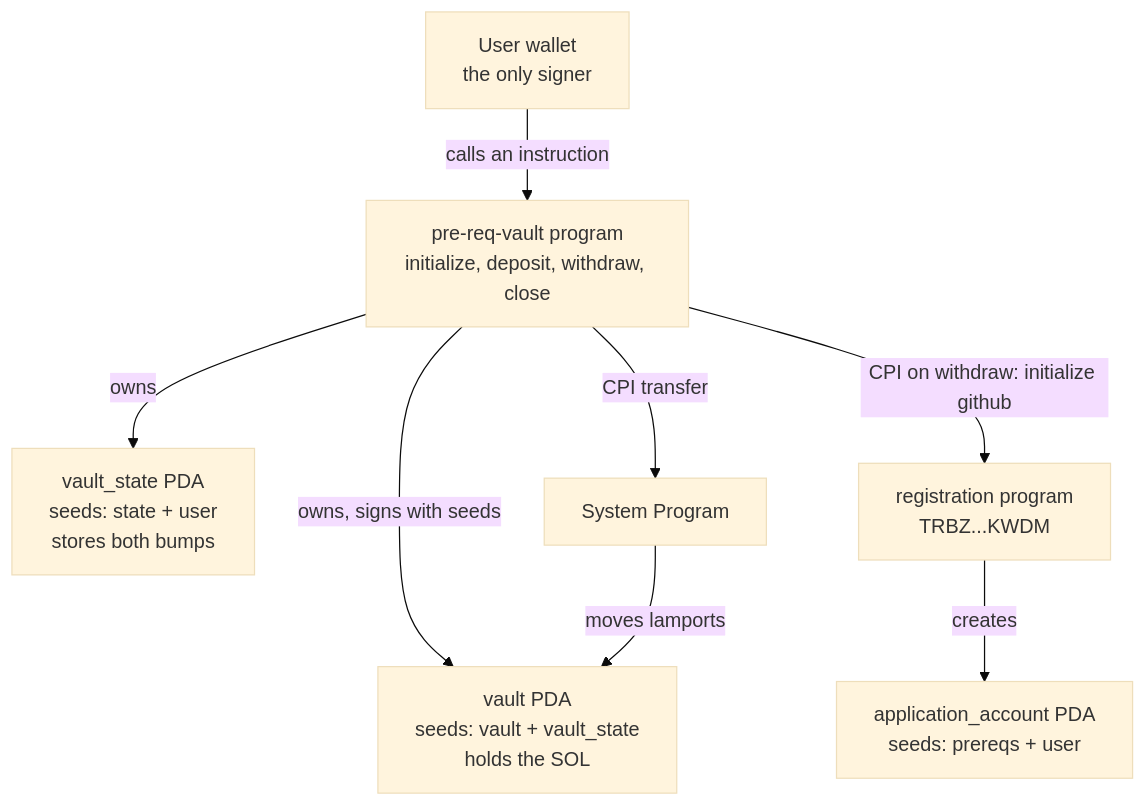
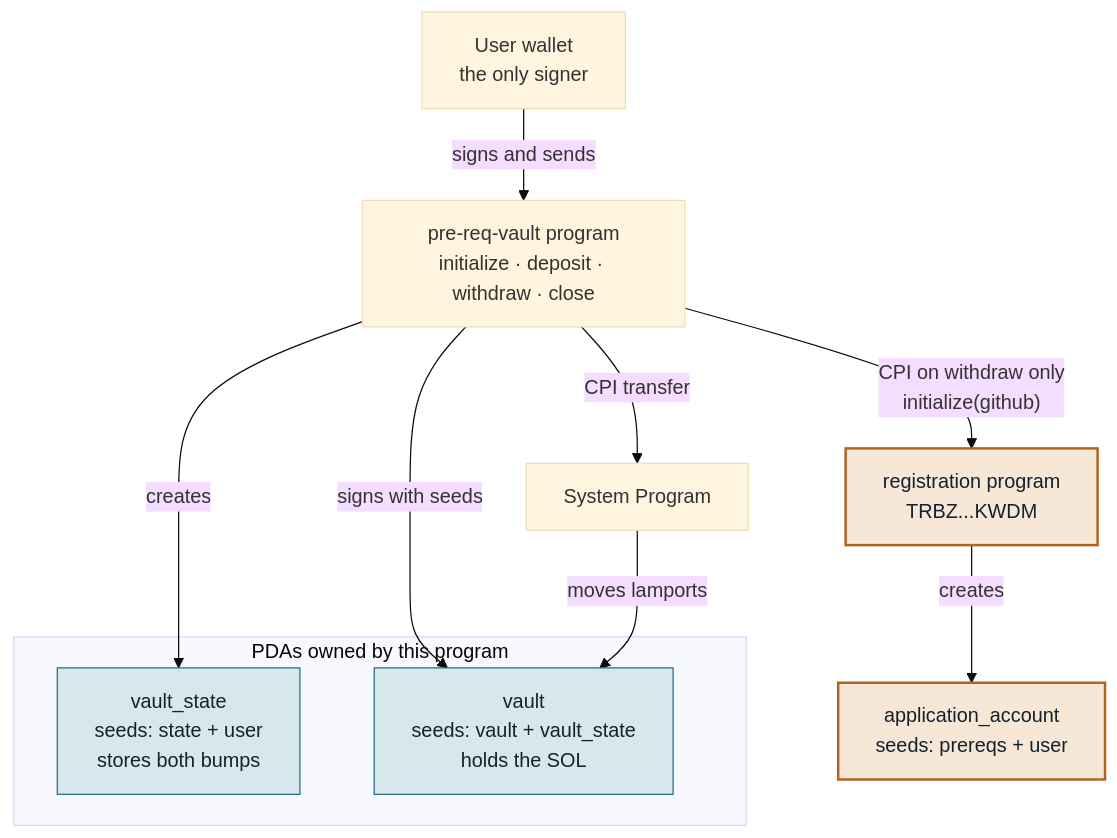
One commit to Anshumancanrock/Turbin3 changed the diagram in README.md. Above: the diagram before and after it, drawn with Mermaid (base theme). The commit also changed 1 other file, not shown here.

Commit message:
Group the owned PDAs and colour the CPI path in the diagram

````diff
--- a/README.md
+++ b/README.md
@@ -11,18 +11,27 @@
 ```mermaid
 flowchart TD
     U["User wallet<br/>the only signer"]
-    P["pre-req-vault program<br/>initialize, deposit, withdraw, close"]
-    VS["vault_state PDA<br/>seeds: state + user<br/>stores both bumps"]
-    V["vault PDA<br/>seeds: vault + vault_state<br/>holds the SOL"]
+    P["pre-req-vault program<br/>initialize · deposit · withdraw · close"]
+
+    subgraph owned ["PDAs owned by this program"]
+        VS["vault_state<br/>seeds: state + user<br/>stores both bumps"]
+        V["vault<br/>seeds: vault + vault_state<br/>holds the SOL"]
+    end
+
     SP["System Program"]
     REG["registration program<br/>TRBZ...KWDM"]
-    APP["application_account PDA<br/>seeds: prereqs + user"]
+    APP["application_account<br/>seeds: prereqs + user"]
 
-    U -->|calls an instruction| P
-    P -->|owns| VS
-    P -->|owns, signs with seeds| V
+    U -->|signs and sends| P
+    P -->|creates| VS
+    P -->|signs with seeds| V
     P -->|CPI transfer| SP
     SP -->|moves lamports| V
-    P -->|CPI on withdraw: initialize github| REG
+    P -->|"CPI on withdraw only<br/>initialize(github)"| REG
     REG -->|creates| APP
+
+    classDef cpi fill:#f6e7d6,stroke:#b0641f,stroke-width:2px,color:#13222e
+    classDef pda fill:#d7e8ed,stroke:#226c84,color:#13222e
+    class REG,APP cpi
+    class VS,V pda
 ```
````
